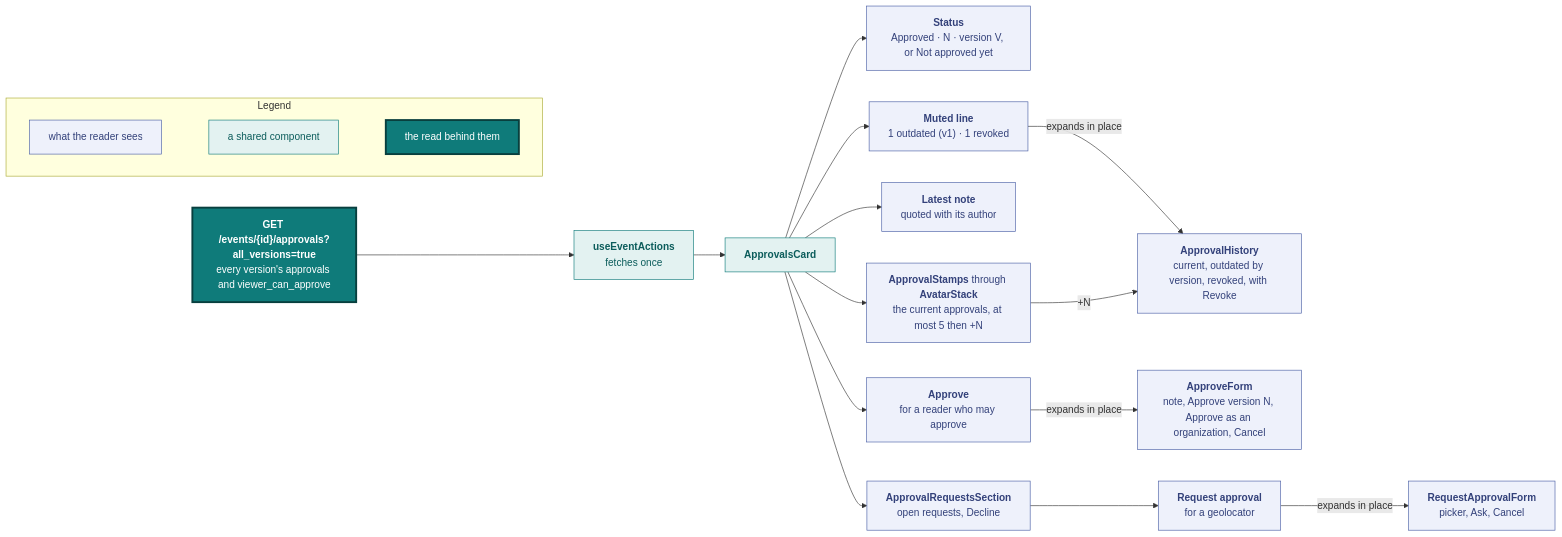
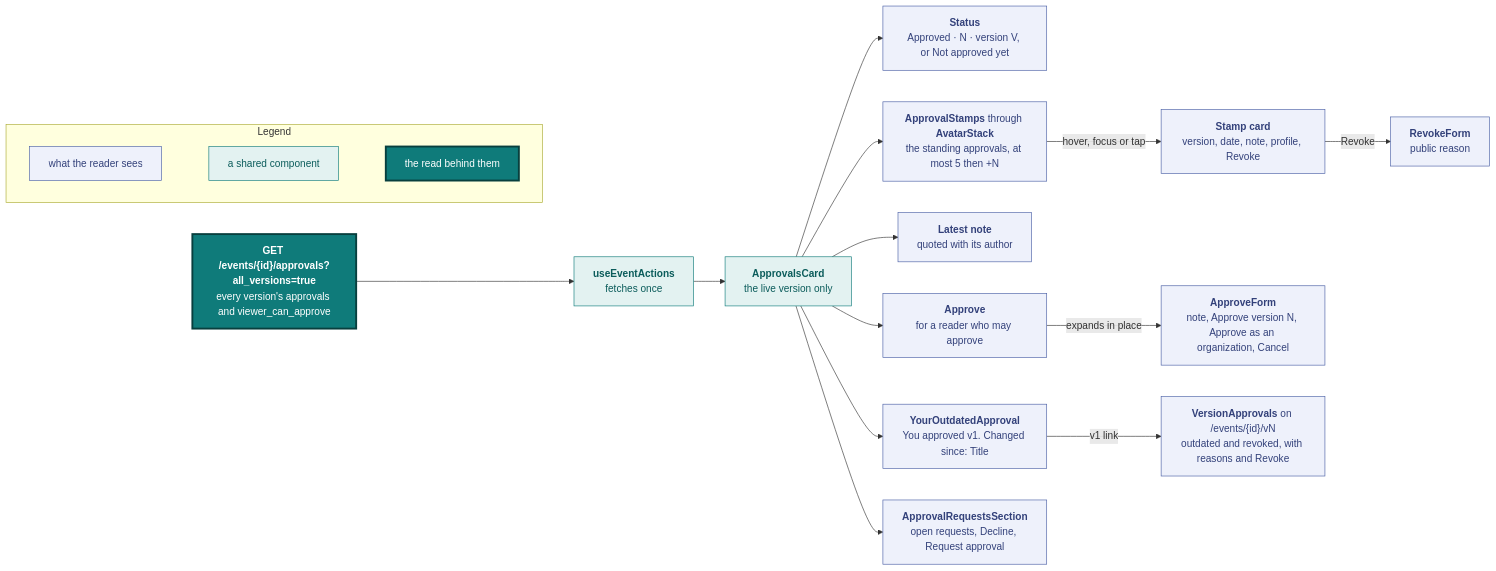
Before and after one commit to vidithq/vidit: the fifth of 9 diagrams in docs/design.md, drawn with Mermaid. The commit also changed other lines of this file and 9 other files, not shown here.

First line of the commit message:
feat: live-version Approvals card, lone menu items as icons, Edit icon

````diff
--- a/docs/design.md
+++ b/docs/design.md
@@ -527,53 +527,53 @@
 ```mermaid
 flowchart LR
   classDef spec fill:#eef1fb,stroke:#4a5fa5,color:#33417a
   classDef shared fill:#e3f2f1,stroke:#0f7b7a,color:#0b5c5b
   classDef core fill:#0f7b7a,stroke:#083f3e,stroke-width:3px,color:#ffffff
 
   subgraph legend [Legend]
     direction LR
     l1["`what the reader sees`"]:::spec
     l2["`a shared component`"]:::shared
     l3["`the read behind them`"]:::core
     l1 ~~~ l2 ~~~ l3
   end
 
   read["`**GET /events/{id}/approvals?all_versions=true**
   every version's approvals and viewer_can_approve`"]:::core
   hook["`**useEventActions**
   fetches once`"]:::shared
-  card["`**ApprovalsCard**`"]:::shared
+  card["`**ApprovalsCard**
+  the live version only`"]:::shared
   status["`**Status**
   Approved · N · version V, or Not approved yet`"]:::spec
   stamps["`**ApprovalStamps** through **AvatarStack**
-  the current approvals, at most 5 then +N`"]:::spec
+  the standing approvals, at most 5 then +N`"]:::spec
+  stampcard["`**Stamp card**
+  version, date, note, profile, Revoke`"]:::spec
+  revoke["`**RevokeForm**
+  public reason`"]:::spec
   note["`**Latest note**
   quoted with its author`"]:::spec
-  line["`**Muted line**
-  1 outdated (v1) · 1 revoked`"]:::spec
-  history["`**ApprovalHistory**
-  current, outdated by version, revoked, with Revoke`"]:::spec
+  own["`**YourOutdatedApproval**
+  You approved v1. Changed since: Title`"]:::spec
   approve["`**Approve**
   for a reader who may approve`"]:::spec
   form["`**ApproveForm**
   note, Approve version N, Approve as an organization, Cancel`"]:::spec
   requests["`**ApprovalRequestsSection**
-  open requests, Decline`"]:::spec
-  ask["`**Request approval**
-  for a geolocator`"]:::spec
-  askform["`**RequestApprovalForm**
-  picker, Ask, Cancel`"]:::spec
+  open requests, Decline, Request approval`"]:::spec
+  vn["`**VersionApprovals** on /events/{id}/vN
+  outdated and revoked, with reasons and Revoke`"]:::spec
 
   read --> hook --> card
   card --> status
   card --> stamps
   card --> note
-  card --> line
+  card --> own
   card --> approve
   card --> requests
-  line -->|"expands in place"| history
-  stamps -->|"+N"| history
+  stamps -->|"hover, focus or tap"| stampcard
+  stampcard -->|"Revoke"| revoke
   approve -->|"expands in place"| form
-  requests --> ask
-  ask -->|"expands in place"| askform
+  own -->|"v1 link"| vn
 ```
````
